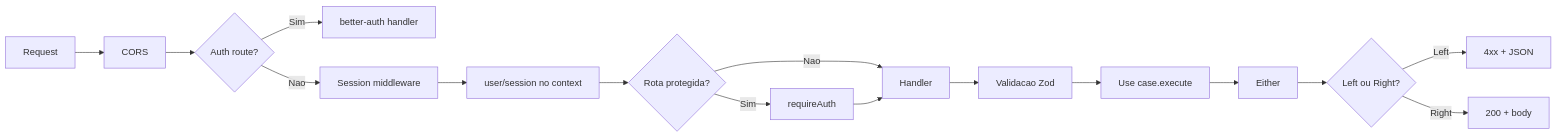
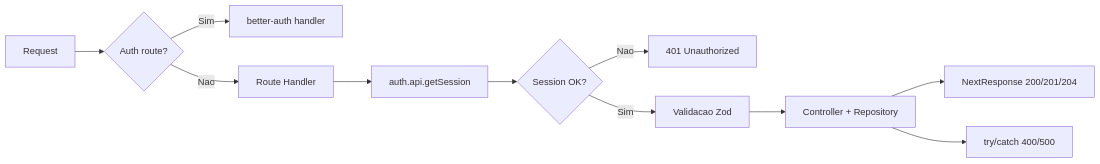
One commit to pedroaba/financial changed the fourth of 4 diagrams in README.md. Above: the diagram before and after it, drawn with Mermaid. The commit also changed other lines of this file, not shown here.

````diff
--- a/README.md
+++ b/README.md
@@ -191,18 +203,13 @@
 ```mermaid
 flowchart LR
-  A[Request] --> B[CORS]
-  B --> C{Auth route?}
-  C -->|Sim| D[better-auth handler]
-  C -->|Nao| E[Session middleware]
-  E --> F[user/session no context]
-  F --> G{Rota protegida?}
-  G -->|Sim| H[requireAuth]
-  G -->|Nao| I[Handler]
-  H --> I
-  I --> J[Validacao Zod]
-  J --> K[Use case.execute]
-  K --> L[Either]
-  L --> M{Left ou Right?}
-  M -->|Left| N[4xx + JSON]
-  M -->|Right| O[200 + body]
+  A[Request] --> B{Auth route?}
+  B -->|Sim| C[better-auth handler]
+  B -->|Nao| D[Route Handler]
+  D --> E[auth.api.getSession]
+  E --> F{Session OK?}
+  F -->|Nao| G[401 Unauthorized]
+  F -->|Sim| H[Validacao Zod]
+  H --> I[Controller + Repository]
+  I --> J[NextResponse 200/201/204]
+  I --> K[try/catch 400/500]
 ```
````
